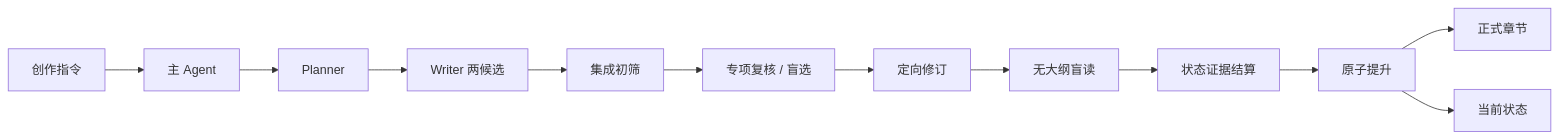
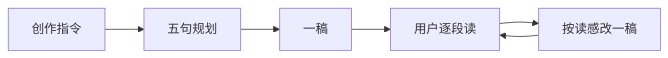
One commit to cyanrbt/novel-prequel changed the diagram in README.md. Above: the diagram before and after it, drawn with Mermaid. The commit also changed other lines of this file and 22 other files, not shown here.

````diff
--- a/README.md
+++ b/README.md
@@ -51,14 +51,8 @@
 ```mermaid
 flowchart LR
-    U[创作指令] --> O[主 Agent]
-    O --> P[Planner]
-    P --> W[Writer 两候选]
-    W --> R[集成初筛]
-    R --> B[专项复核 / 盲选]
-    B --> V[定向修订]
-    V --> T[无大纲盲读]
-    T --> E[状态证据结算]
-    E --> G[原子提升]
-    G --> C[正式章节]
-    G --> S[当前状态]
+    U[创作指令] --> S[五句规划]
+    S --> D[一稿]
+    D --> H[用户逐段读]
+    H --> R[按读感改一稿]
+    R --> H
 ```
````
